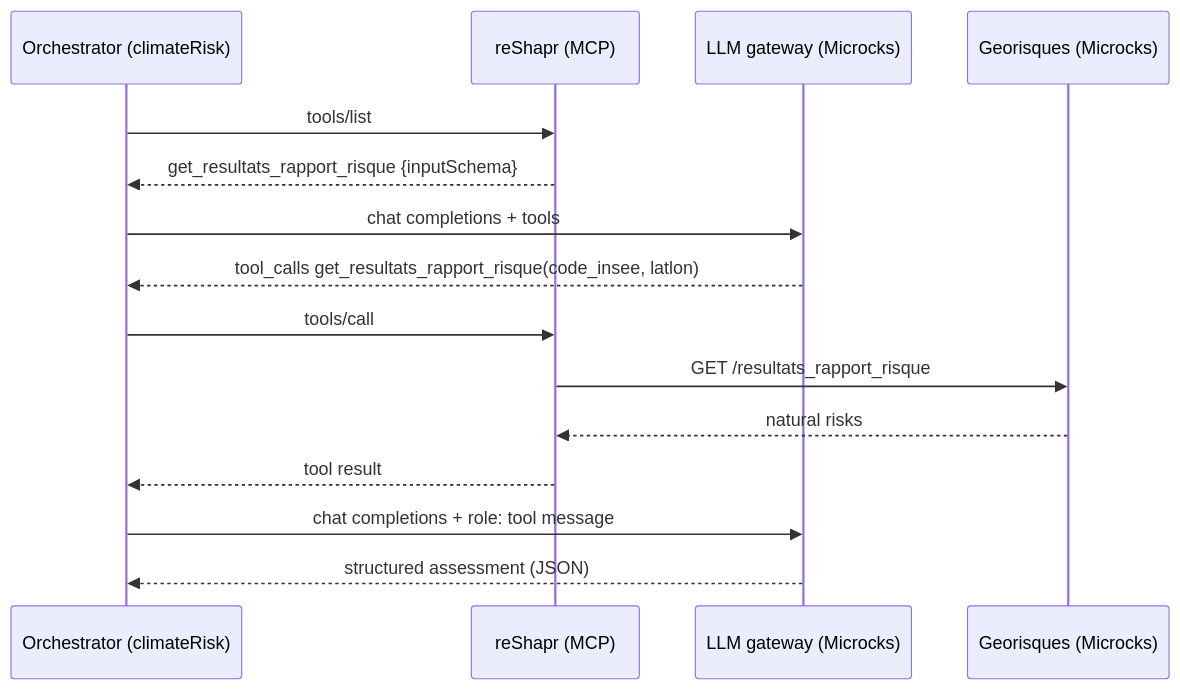
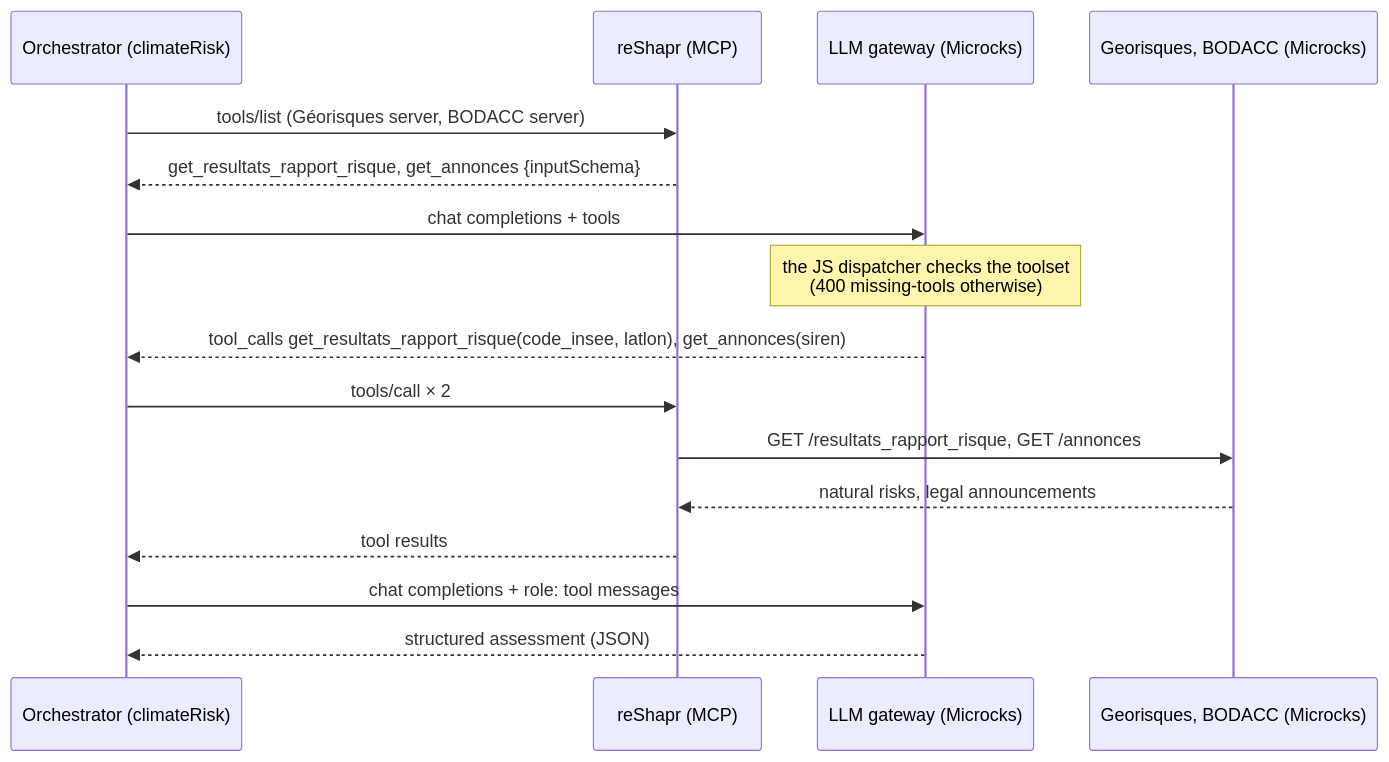
The third of 4 diagrams in README.md (SebastienDegodez/microcks-arazzo-insurance-demo), drawn with Mermaid before and after one commit. The commit also changed other lines of this file and 67 other files, not shown here.

````diff
--- a/README.md
+++ b/README.md
@@ -172,17 +187,18 @@
 ```mermaid
 sequenceDiagram
     participant O as Orchestrator (climateRisk)
     participant R as reShapr (MCP)
     participant L as LLM gateway (Microcks)
-    participant G as Georisques (Microcks)
-    O->>R: tools/list
-    R-->>O: get_resultats_rapport_risque {inputSchema}
+    participant G as Georisques, BODACC (Microcks)
+    O->>R: tools/list (Géorisques server, BODACC server)
+    R-->>O: get_resultats_rapport_risque, get_annonces {inputSchema}
     O->>L: chat completions + tools
-    L-->>O: tool_calls get_resultats_rapport_risque(code_insee, latlon)
-    O->>R: tools/call
-    R->>G: GET /resultats_rapport_risque
-    G-->>R: natural risks
-    R-->>O: tool result
-    O->>L: chat completions + role: tool message
+    Note over L: the JS dispatcher checks the toolset<br/>(400 missing-tools otherwise)
+    L-->>O: tool_calls get_resultats_rapport_risque(code_insee, latlon), get_annonces(siren)
+    O->>R: tools/call × 2
+    R->>G: GET /resultats_rapport_risque, GET /annonces
+    G-->>R: natural risks, legal announcements
+    R-->>O: tool results
+    O->>L: chat completions + role: tool messages
     L-->>O: structured assessment (JSON)
 ```
````
